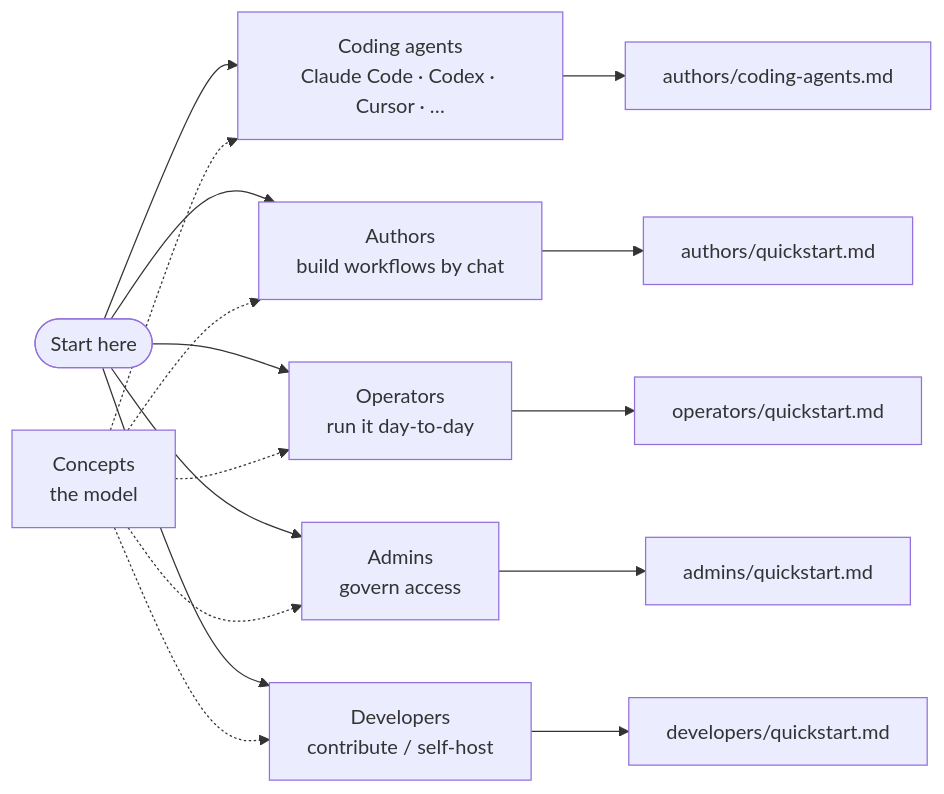
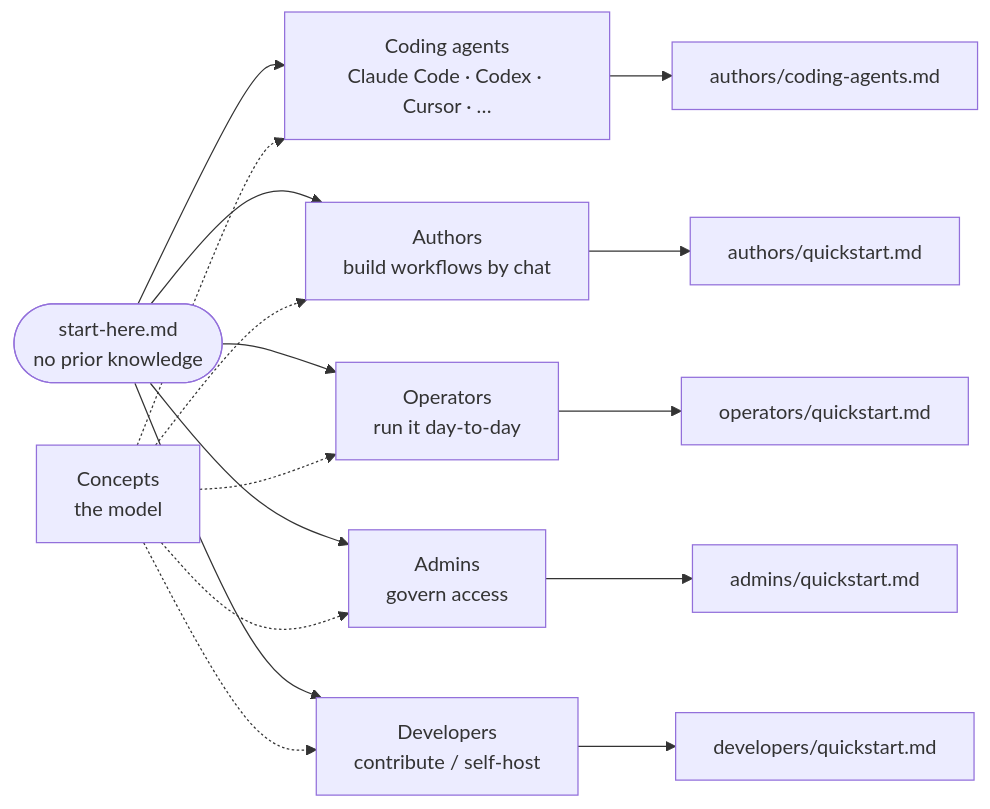
One commit to MikeBild/subkit changed the first of 2 diagrams in docs/README.md. Above: the diagram before and after it, drawn with Mermaid. The commit also changed other lines of this file and 42 other files, not shown here.

````diff
--- a/docs/README.md
+++ b/docs/README.md
@@ -15,19 +28,19 @@
 ```mermaid
 flowchart LR
-    Start(["Start here"])
+    Start(["start-here.md<br/>no prior knowledge"])
     Start --> Coding["Coding agents<br/>Claude Code · Codex · Cursor · …"]
     Start --> Authors["Authors<br/>build workflows by chat"]
     Start --> Operators["Operators<br/>run it day-to-day"]
     Start --> Admins["Admins<br/>govern access"]
     Start --> Developers["Developers<br/>contribute / self-host"]
     Concepts["Concepts<br/>the model"] -.-> Coding
     Concepts -.-> Authors
     Concepts -.-> Operators
     Concepts -.-> Admins
     Concepts -.-> Developers
     Coding --> C1["authors/coding-agents.md"]
     Authors --> A1["authors/quickstart.md"]
     Operators --> O1["operators/quickstart.md"]
     Admins --> D1["admins/quickstart.md"]
     Developers --> V1["developers/quickstart.md"]
 ```
````
